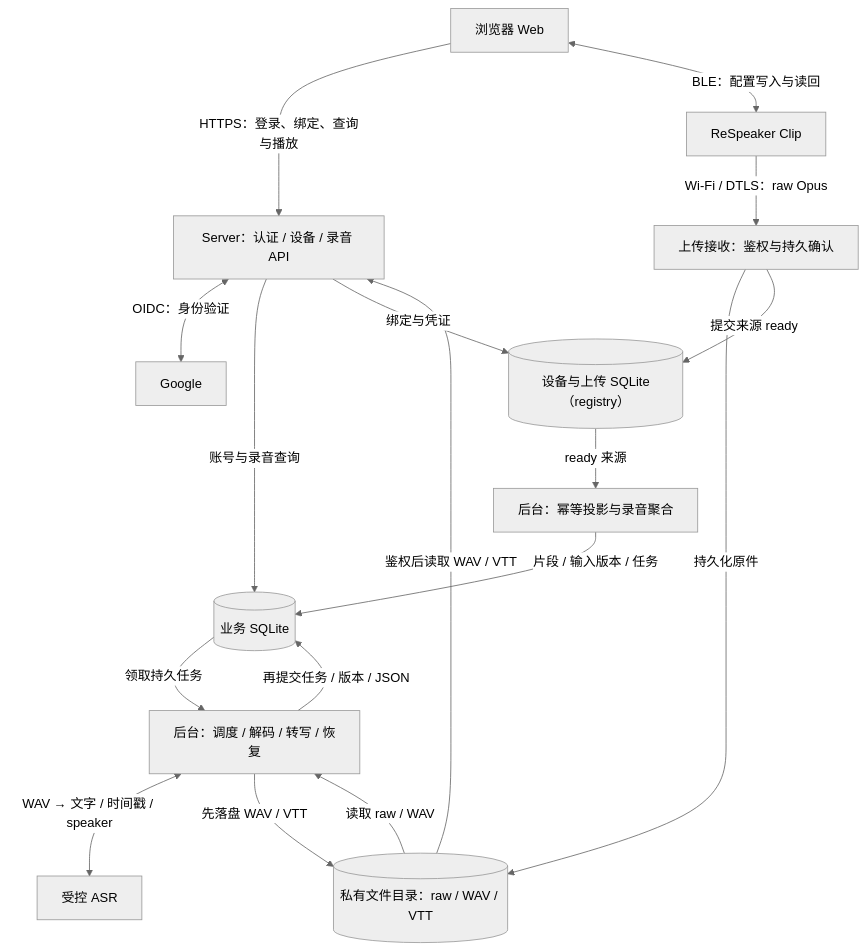
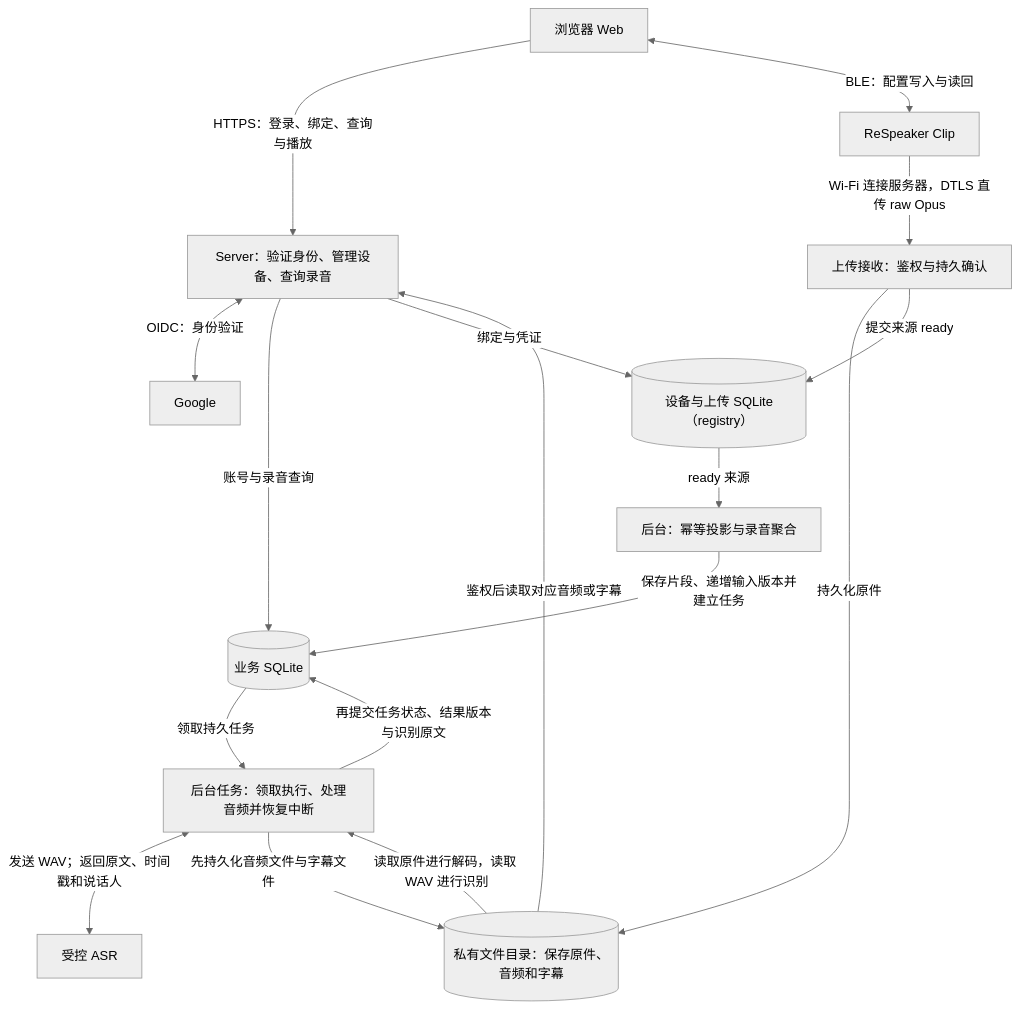
The diagram in README.md (boboliu-1010/speaker), drawn with Mermaid (neutral theme) before and after one commit. The commit also changed 5 other files, not shown here.

Commit message:
docs: explain diagram modules fields and publication boundaries

````diff
--- a/README.md
+++ b/README.md
@@ -36,19 +36,19 @@
 ```mermaid
 flowchart TD
-    Web["浏览器 Web"] -->|"HTTPS：登录、绑定、查询与播放"| API["Server：认证 / 设备 / 录音 API"]
+    Web["浏览器 Web"] -->|"HTTPS：登录、绑定、查询与播放"| API["Server：验证身份、管理设备、查询录音"]
     Web <-->|"BLE：配置写入与读回"| Clip["ReSpeaker Clip"]
     API <-->|"OIDC：身份验证"| Google["Google"]
     API -->|"账号与录音查询"| Biz[("业务 SQLite")]
     API -->|"绑定与凭证"| Registry[("设备与上传 SQLite（registry）")]
-    Clip -->|"Wi-Fi / DTLS：raw Opus"| Ingest["上传接收：鉴权与持久确认"]
-    Ingest -->|"持久化原件"| Files[("私有文件目录：raw / WAV / VTT")]
+    Clip -->|"Wi-Fi 连接服务器，DTLS 直传 raw Opus"| Ingest["上传接收：鉴权与持久确认"]
+    Ingest -->|"持久化原件"| Files[("私有文件目录：保存原件、音频和字幕")]
     Ingest -->|"提交来源 ready"| Registry
     Registry -->|"ready 来源"| Project["后台：幂等投影与录音聚合"]
-    Project -->|"片段 / 输入版本 / 任务"| Biz
-    Biz -->|"领取持久任务"| Worker["后台：调度 / 解码 / 转写 / 恢复"]
-    Files -->|"读取 raw / WAV"| Worker
-    Worker <-->|"WAV → 文字 / 时间戳 / speaker"| ASR["受控 ASR"]
-    Worker -->|"先落盘 WAV / VTT"| Files
-    Worker -->|"再提交任务 / 版本 / JSON"| Biz
-    Files -->|"鉴权后读取 WAV / VTT"| API
+    Project -->|"保存片段、递增输入版本并建立任务"| Biz
+    Biz -->|"领取持久任务"| Worker["后台任务：领取执行、处理音频并恢复中断"]
+    Files -->|"读取原件进行解码，读取 WAV 进行识别"| Worker
+    Worker <-->|"发送 WAV；返回原文、时间戳和说话人"| ASR["受控 ASR"]
+    Worker -->|"先持久化音频文件与字幕文件"| Files
+    Worker -->|"再提交任务状态、结果版本与识别原文"| Biz
+    Files -->|"鉴权后读取对应音频或字幕"| API
 ```
````
